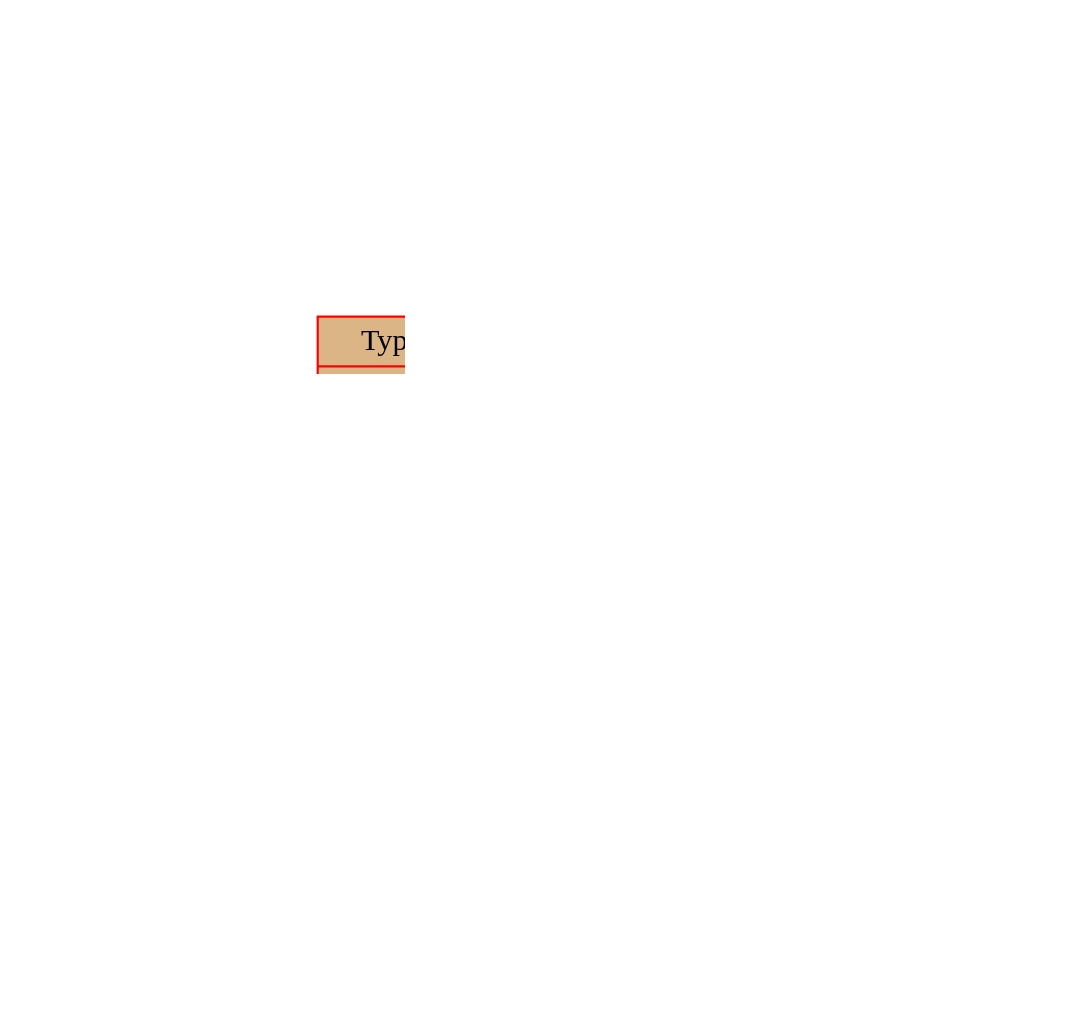
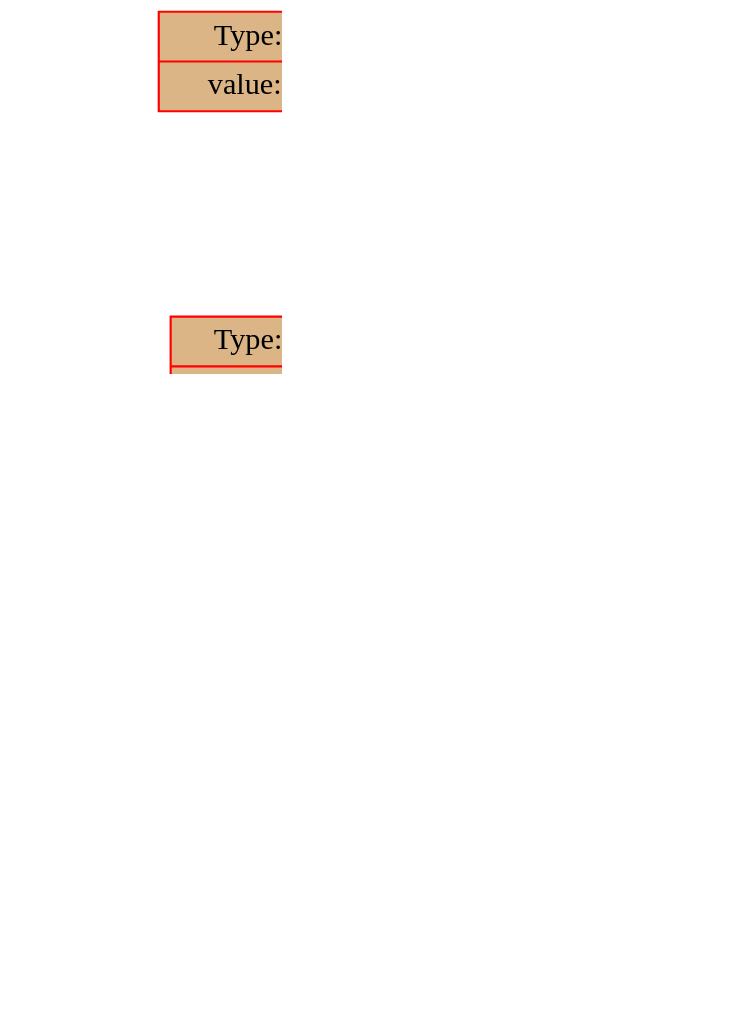
Before and after one commit to dodokek/ProgrammingLanguage: the diagram in data/graph.dot, drawn with Graphviz. The commit also changed 3 other files, not shown here.

```diff
--- a/data/graph.dot
+++ b/data/graph.dot
@@ -1,34 +1,28 @@
 
     digraph g {
         dpi      = 200;
         fontname = "Comic Sans MS";
         fontsize = 20;
         rankdir   =  TB;
         edge [color = darkgrey, arrowhead = onormal, arrowsize = 1, penwidth = 1.2]
         graph[fillcolor = lightgreen, ranksep = 1.3, nodesep = 0.5,
         style = "rounded, filled",color = green, penwidth = 2]
 
-    Node0000023c20481950[shape=record, width=0.2, style="filled", color="red", fillcolor="#DBB585",label=" {Type: operation | value: Statement}"] 
+    Node00000208bbaa1890[shape=record, width=0.2, style="filled", color="red", fillcolor="#DBB585",label=" {Type: operation | value: Statement}"] 
  
-Node0000023c20481860[shape=record, width=0.2, style="filled", color="red", fillcolor="#DBB585",label=" {Type: operation | value: Var}"] 
+Node00000208bbaa1860[shape=record, width=0.2, style="filled", color="red", fillcolor="#DBB585",label=" {Type: operation | value: Var}"] 
  
-Node0000023c20481800[shape=record, width=0.2, style="filled", color="red", fillcolor="#19DB27",label=" {Type: variable | value: X}"] 
+Node00000208bbaa17a0[shape=record, width=0.2, style="filled", color="red", fillcolor="#19DB27",label=" {Type: variable | value: X}"] 
  
-Node0000023c20481830[shape=record, width=0.2, style="filled", color="red", fillcolor="#DB8E21",label=" {Type: number | value: 2}"] 
+Node00000208bbaa1830[shape=record, width=0.2, style="filled", color="red", fillcolor="#DBB585",label=" {Type: operation | value: -}"] 
  
-Node0000023c20481920[shape=record, width=0.2, style="filled", color="red", fillcolor="#DBB585",label=" {Type: operation | value: Statement}"] 
+Node00000208bbaa17d0[shape=record, width=0.2, style="filled", color="red", fillcolor="#DB8E21",label=" {Type: number | value: 2}"] 
  
-Node0000023c204818f0[shape=record, width=0.2, style="filled", color="red", fillcolor="#DBB585",label=" {Type: operation | value: Var}"] 
+Node00000208bbaa1800[shape=record, width=0.2, style="filled", color="red", fillcolor="#DB8E21",label=" {Type: number | value: 2}"] 
  
-Node0000023c20481890[shape=record, width=0.2, style="filled", color="red", fillcolor="#19DB27",label=" {Type: variable | value: Y}"] 
- 
-Node0000023c204818c0[shape=record, width=0.2, style="filled", color="red", fillcolor="#DB8E21",label=" {Type: number | value: 2}"] 
- 
-Node0000023c20481950->Node0000023c20481860
-Node0000023c20481860->Node0000023c20481800
-Node0000023c20481860->Node0000023c20481830
-Node0000023c20481950->Node0000023c20481920
-Node0000023c20481920->Node0000023c204818f0
-Node0000023c204818f0->Node0000023c20481890
-Node0000023c204818f0->Node0000023c204818c0
+Node00000208bbaa1890->Node00000208bbaa1860
+Node00000208bbaa1860->Node00000208bbaa17a0
+Node00000208bbaa1860->Node00000208bbaa1830
+Node00000208bbaa1830->Node00000208bbaa17d0
+Node00000208bbaa1830->Node00000208bbaa1800
 }
```
